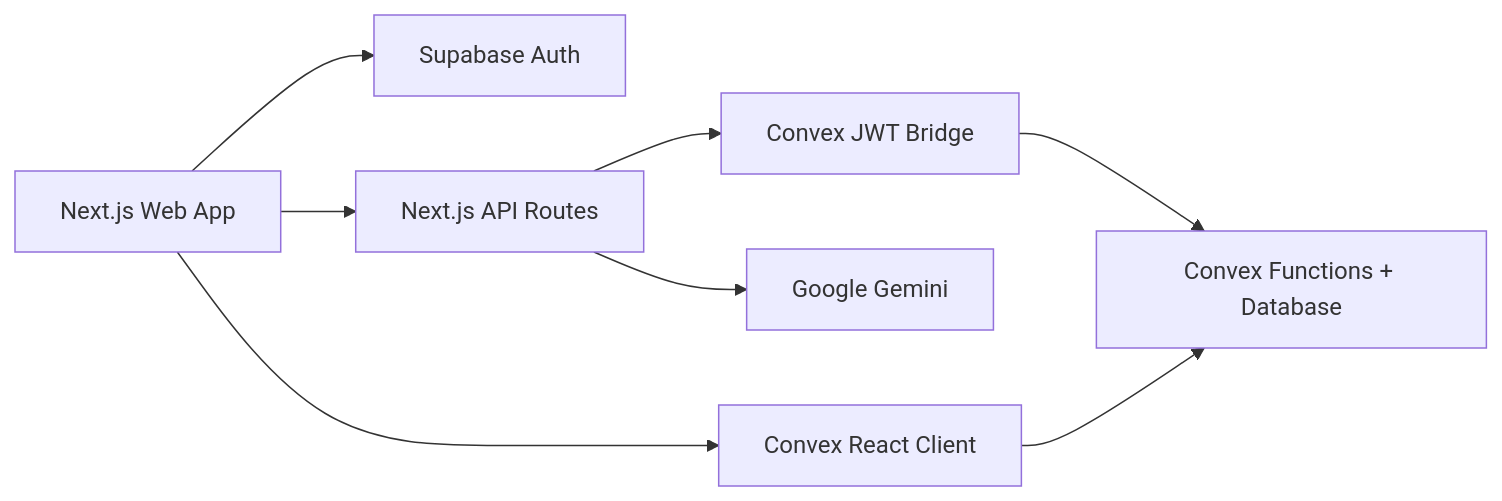
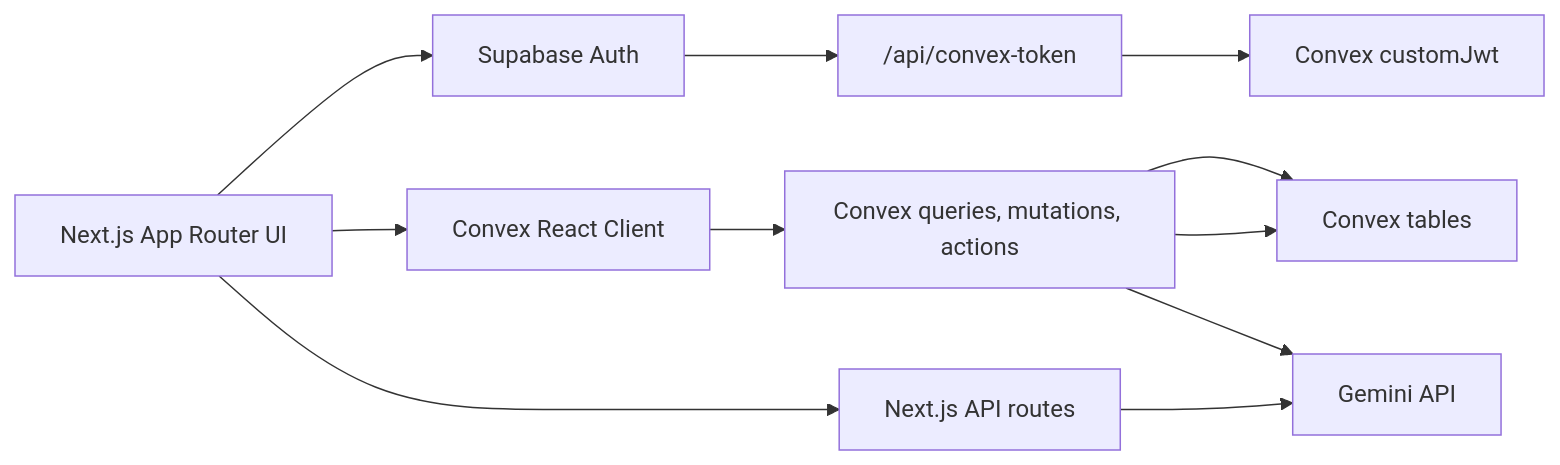
One commit to You2499/settleease changed the diagram in README.md. Above: the diagram before and after it, drawn with Mermaid. The commit also changed other lines of this file and 6 other files, not shown here.

````diff
--- a/README.md
+++ b/README.md
@@ -63,10 +24,13 @@
 ```mermaid
 flowchart LR
-  Web["Next.js Web App"] --> Supabase["Supabase Auth"]
-  Web --> Api["Next.js API Routes"]
-  Web --> ConvexClient["Convex React Client"]
-  Api --> Gemini["Google Gemini"]
-  Api --> Jwt["Convex JWT Bridge"]
-  Jwt --> Convex["Convex Functions + Database"]
-  ConvexClient --> Convex
+  Browser["Next.js App Router UI"] --> Supabase["Supabase Auth"]
+  Browser --> ConvexClient["Convex React Client"]
+  Supabase --> TokenRoute["/api/convex-token"]
+  TokenRoute --> ConvexJwt["Convex customJwt"]
+  ConvexClient --> Convex["Convex queries, mutations, actions"]
+  Convex --> Tables["Convex tables"]
+  Browser --> ApiRoutes["Next.js API routes"]
+  ApiRoutes --> Gemini["Gemini API"]
+  Convex --> Gemini
+  Convex --> Tables
 ```
````
